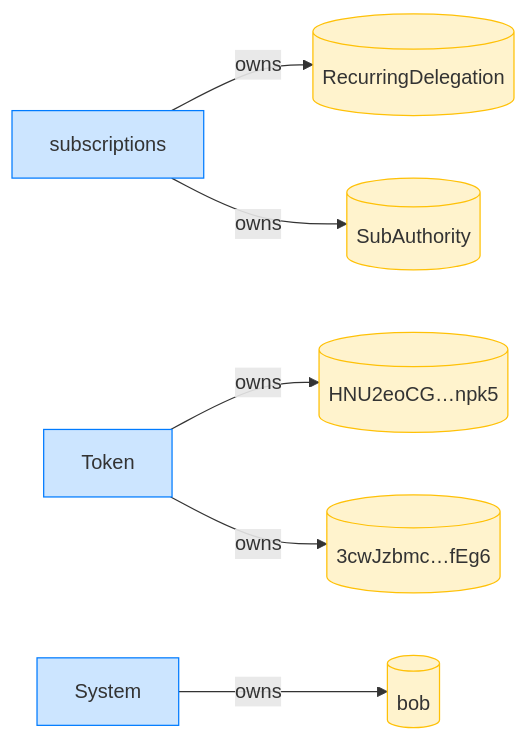
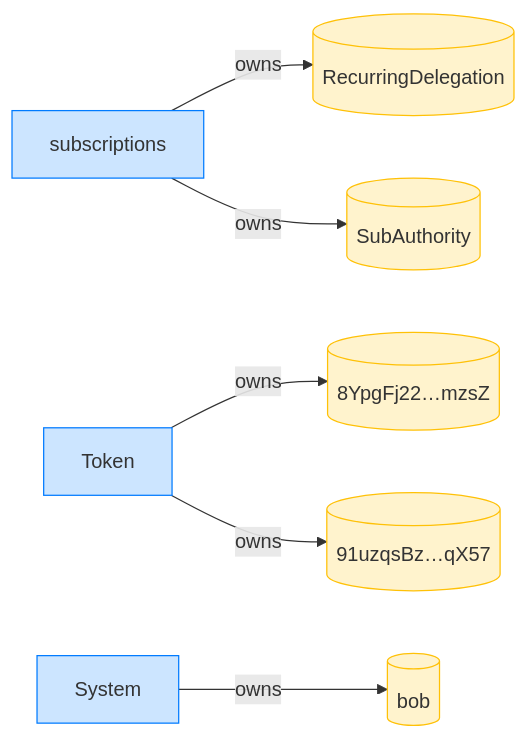
Before and after one commit to cds-rs/subscriptions: diagram 16 of 16 in dsl_tests/recurring-transfer-resets-the-allowance-each-period.md, drawn with Mermaid. The commit also changed other lines of this file and 224 other files, not shown here.

````diff
--- a/dsl_tests/recurring-transfer-resets-the-allowance-each-period.md
+++ b/dsl_tests/recurring-transfer-resets-the-allowance-each-period.md
@@ -333,18 +353,18 @@
 ```mermaid
 flowchart LR
     classDef owner fill:#cce5ff,stroke:#007bff;
     classDef account fill:#fff3cd,stroke:#ffc107;
     subscriptions[subscriptions]:::owner
     RecurringDelegation[(RecurringDelegation)]:::account
     SubAuthority[(SubAuthority)]:::account
     Token[Token]:::owner
-    HNU2eoCG_npk5[("HNU2eoCG…npk5")]:::account
-    3cwJzbmc_fEg6[("3cwJzbmc…fEg6")]:::account
+    8YpgFj22_mzsZ[("8YpgFj22…mzsZ")]:::account
+    91uzqsBz_qX57[("91uzqsBz…qX57")]:::account
     System[System]:::owner
     bob[(bob)]:::account
     subscriptions -->|owns| RecurringDelegation
     subscriptions -->|owns| SubAuthority
-    Token -->|owns| HNU2eoCG_npk5
-    Token -->|owns| 3cwJzbmc_fEg6
+    Token -->|owns| 8YpgFj22_mzsZ
+    Token -->|owns| 91uzqsBz_qX57
     System -->|owns| bob
 ```
````
